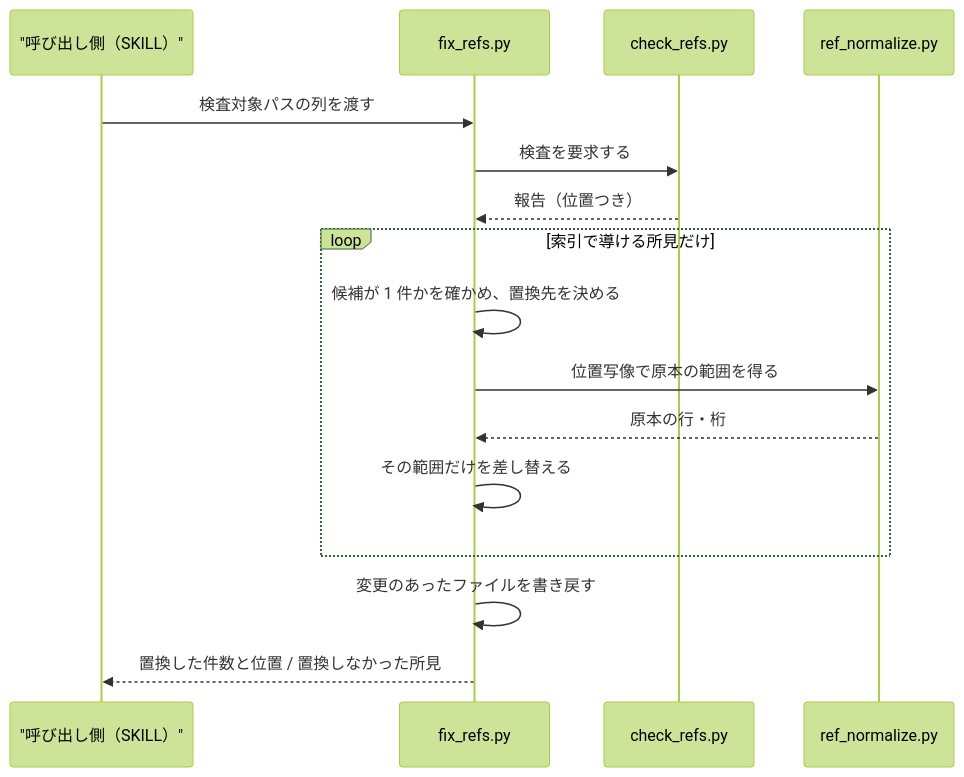
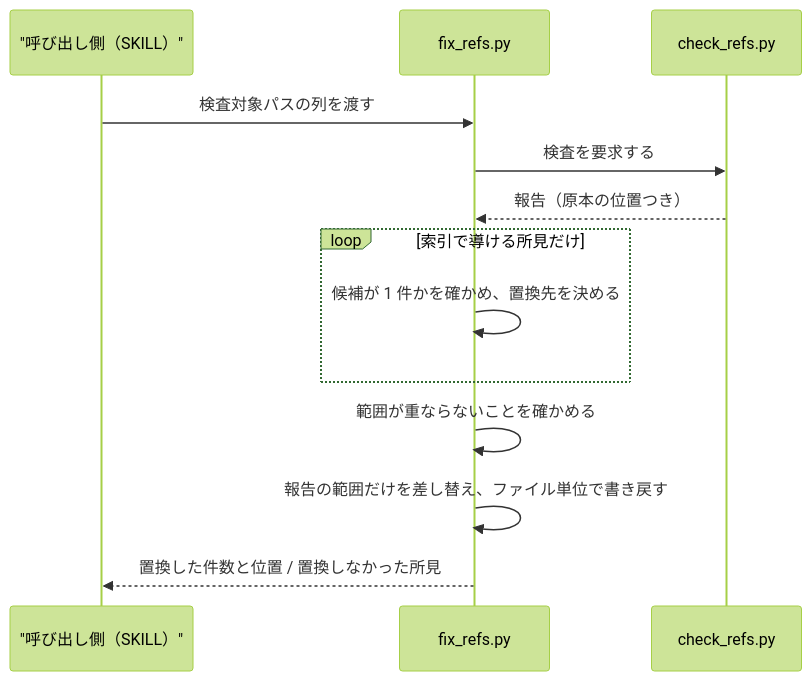
Before and after one commit to BlueEventHorizon/bw-cc-plugins: the third of 3 diagrams in docs/specs/forge/doc-reference-integrity/design/DES-081_doc_reference_integrity_design.md, drawn with Mermaid (forest theme). The commit also changed other lines of this file and 13 other files, not shown here.

````diff
--- a/docs/specs/forge/doc-reference-integrity/design/DES-081_doc_reference_integrity_design.md
+++ b/docs/specs/forge/doc-reference-integrity/design/DES-081_doc_reference_integrity_design.md
@@ -351,19 +388,16 @@
 ```mermaid
 sequenceDiagram
     participant Caller as "呼び出し側（SKILL）"
     participant Fix as fix_refs.py
     participant Check as check_refs.py
-    participant Norm as ref_normalize.py
 
     Caller ->> Fix: 検査対象パスの列を渡す
     Fix ->> Check: 検査を要求する
-    Check -->> Fix: 報告（位置つき）
+    Check -->> Fix: 報告（原本の位置つき）
     loop 索引で導ける所見だけ
         Fix ->> Fix: 候補が 1 件かを確かめ、置換先を決める
-        Fix ->> Norm: 位置写像で原本の範囲を得る
-        Norm -->> Fix: 原本の行・桁
-        Fix ->> Fix: その範囲だけを差し替える
     end
-    Fix ->> Fix: 変更のあったファイルを書き戻す
+    Fix ->> Fix: 範囲が重ならないことを確かめる
+    Fix ->> Fix: 報告の範囲だけを差し替え、ファイル単位で書き戻す
     Fix -->> Caller: 置換した件数と位置 / 置換しなかった所見
 ```
````
